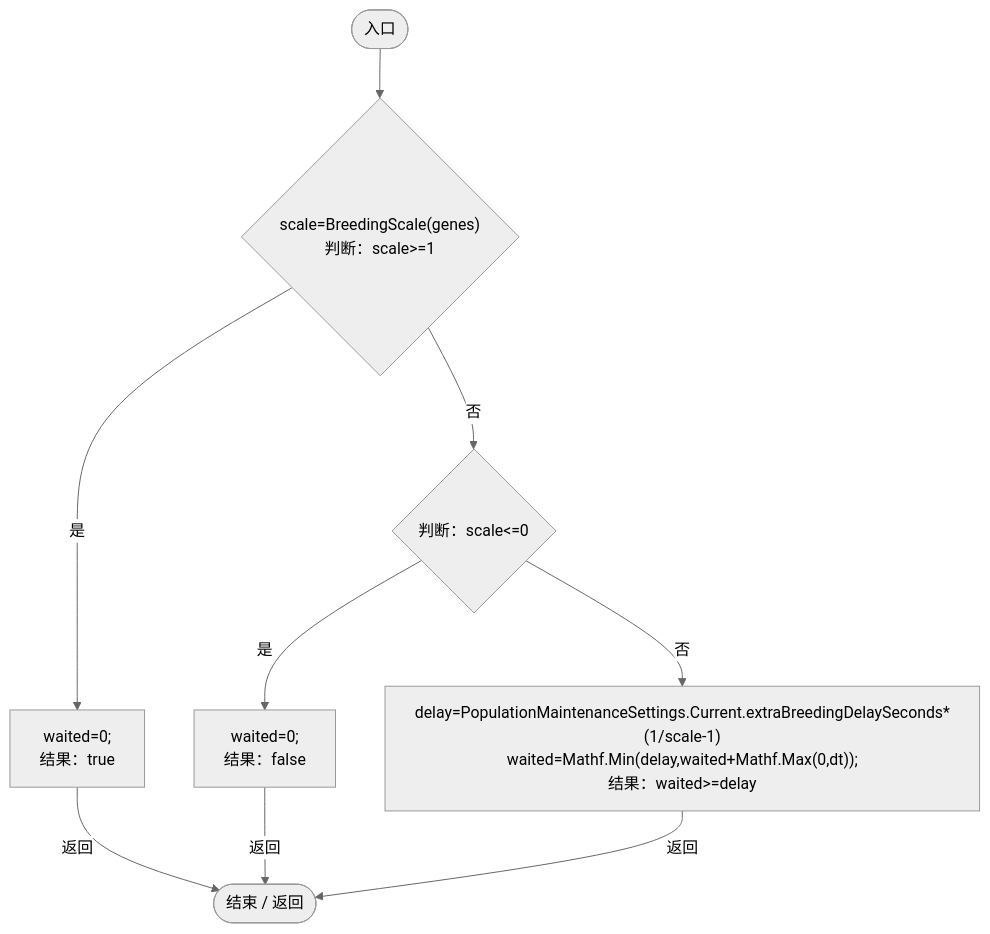
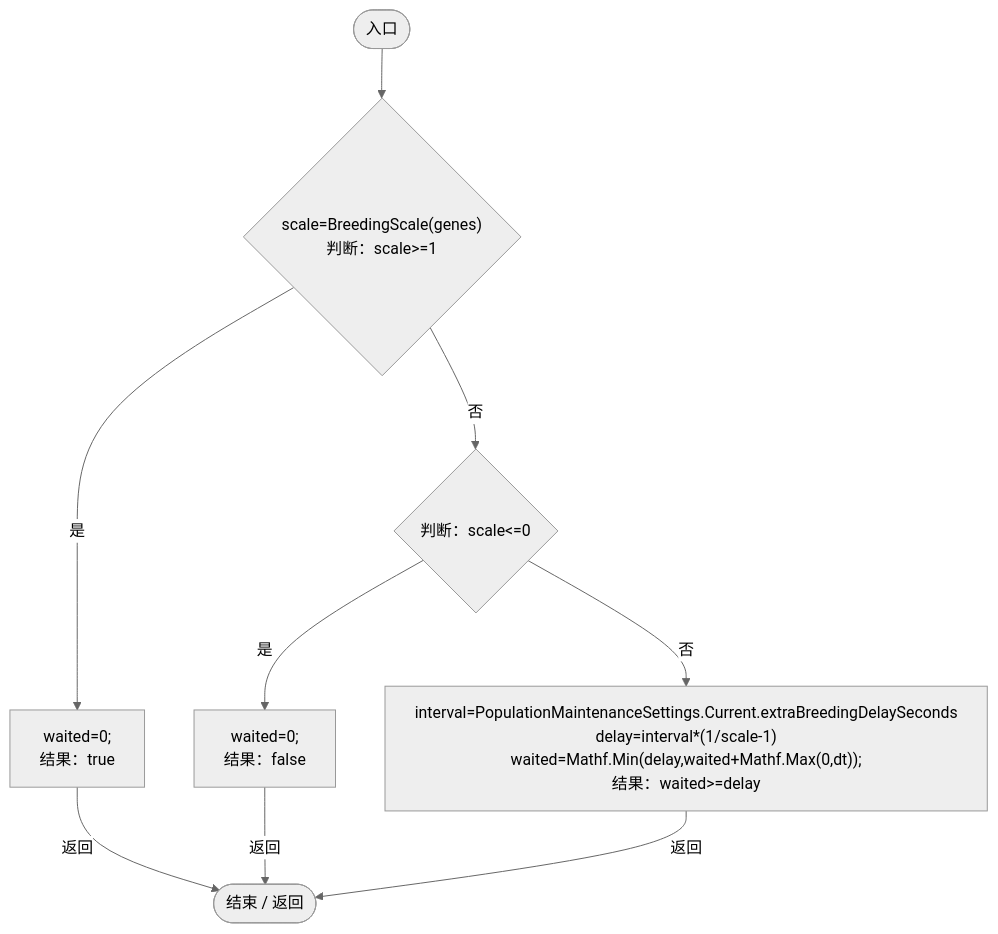
Diagram 24 of 36 in Docs/运行流程图/脚本/923ccc4e86c4786c.md (xhs6666/Darwin_paradise), drawn with Mermaid (neutral theme) before and after one commit. The commit also changed other lines of this file and 114 other files, not shown here.

````diff
--- a/Docs/运行流程图/脚本/923ccc4e86c4786c.md
+++ b/Docs/运行流程图/脚本/923ccc4e86c4786c.md
@@ -1078,19 +1087,19 @@
 ```mermaid
 flowchart TD
   b0(["入口"])
   b1{"scale=BreedingScale(genes)<br/>判断：scale&gt;=1"}
   b2["waited=0;<br/>结果：true"]
   b3{"判断：scale&lt;=0"}
   b4["waited=0;<br/>结果：false"]
-  b5["delay=PopulationMaintenanceSettings.Current.extraBreedingDelaySeconds*(1/scale-1)<br/>waited=Mathf.Min(delay,waited+Mathf.Max(0,dt));<br/>结果：waited&gt;=delay"]
+  b5["interval=PopulationMaintenanceSettings.Current.extraBreedingDelaySeconds<br/>delay=interval*(1/scale-1)<br/>waited=Mathf.Min(delay,waited+Mathf.Max(0,dt));<br/>结果：waited&gt;=delay"]
   b6(["结束 / 返回"])
   b0 --> b1
   b1 -->|"是"| b2
   b1 -->|"否"| b3
   b2 -->|"返回"| b6
   b3 -->|"是"| b4
   b3 -->|"否"| b5
   b4 -->|"返回"| b6
   b5 -->|"返回"| b6
 
 ```
````
